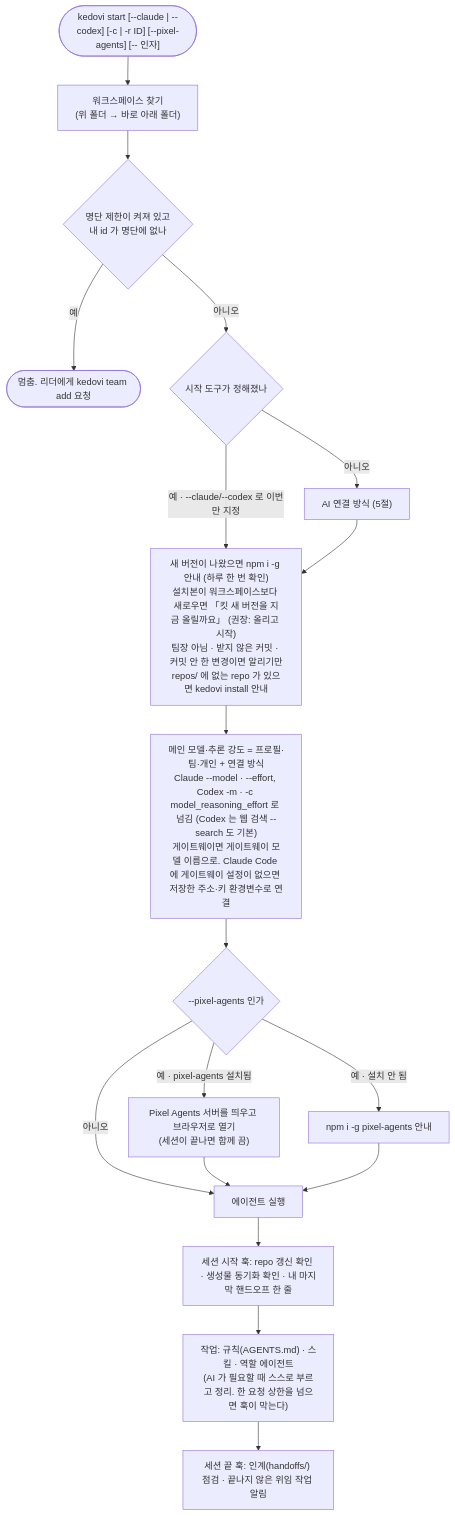
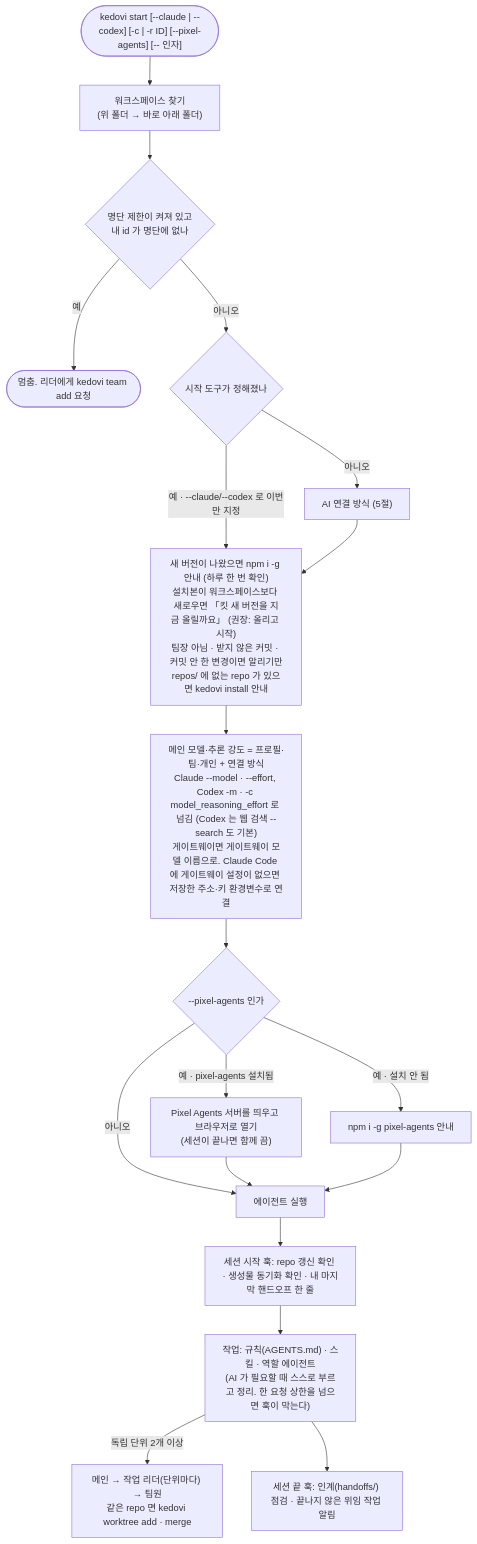
One commit to evrenjo/kedovi changed the seventh of 9 diagrams in docs/workflow.md. Above: the diagram before and after it, drawn with Mermaid. The commit also changed other lines of this file and 61 other files, not shown here.

````diff
--- a/docs/workflow.md
+++ b/docs/workflow.md
@@ -277,20 +281,21 @@
 ```mermaid
 flowchart TD
     S(["kedovi start [--claude | --codex] [-c | -r ID] [--pixel-agents] [-- 인자]"]) --> W["워크스페이스 찾기<br/>(위 폴더 → 바로 아래 폴더)"]
     W --> RS{"명단 제한이 켜져 있고<br/>내 id 가 명단에 없나"}
     RS -->|"예"| RX(["멈춤. 리더에게 kedovi team add 요청"])
     RS -->|"아니오"| A{"시작 도구가 정해졌나"}
     A -->|"아니오"| AG["AI 연결 방식 (5절)"]
     A -->|"예 · --claude/--codex 로 이번만 지정"| V
     AG --> V["새 버전이 나왔으면 npm i -g 안내 (하루 한 번 확인)<br/>설치본이 워크스페이스보다 새로우면 「킷 새 버전을 지금 올릴까요」 (권장: 올리고 시작)<br/>팀장 아님 · 받지 않은 커밋 · 커밋 안 한 변경이면 알리기만<br/>repos/ 에 없는 repo 가 있으면 kedovi install 안내"]
     V --> M["메인 모델·추론 강도 = 프로필·팀·개인 + 연결 방식<br/>Claude --model · --effort, Codex -m · -c model_reasoning_effort 로 넘김 (Codex 는 웹 검색 --search 도 기본)<br/>게이트웨이면 게이트웨이 모델 이름으로. Claude Code 에 게이트웨이 설정이 없으면 저장한 주소·키 환경변수로 연결"]
     M --> PX{"--pixel-agents 인가"}
     PX -->|"예 · pixel-agents 설치됨"| PXO["Pixel Agents 서버를 띄우고 브라우저로 열기<br/>(세션이 끝나면 함께 끔)"]
     PX -->|"예 · 설치 안 됨"| PXW["npm i -g pixel-agents 안내"]
     PX -->|"아니오"| RUN
     PXO --> RUN
     PXW --> RUN["에이전트 실행"]
     RUN --> SS["세션 시작 훅: repo 갱신 확인 · 생성물 동기화 확인 · 내 마지막 핸드오프 한 줄"]
     SS --> WORK["작업: 규칙(AGENTS.md) · 스킬 · 역할 에이전트<br/>(AI 가 필요할 때 스스로 부르고 정리. 한 요청 상한을 넘으면 훅이 막는다)"]
+    WORK -->|"독립 단위 2개 이상"| TIER["메인 → 작업 리더(단위마다) → 팀원<br/>같은 repo 면 kedovi worktree add · merge"]
     WORK --> STOP["세션 끝 훅: 인계(handoffs/) 점검 · 끝나지 않은 위임 작업 알림"]
 ```
````
